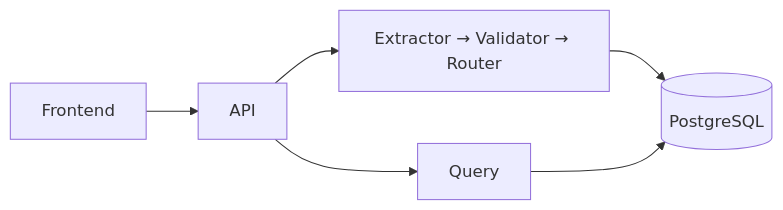
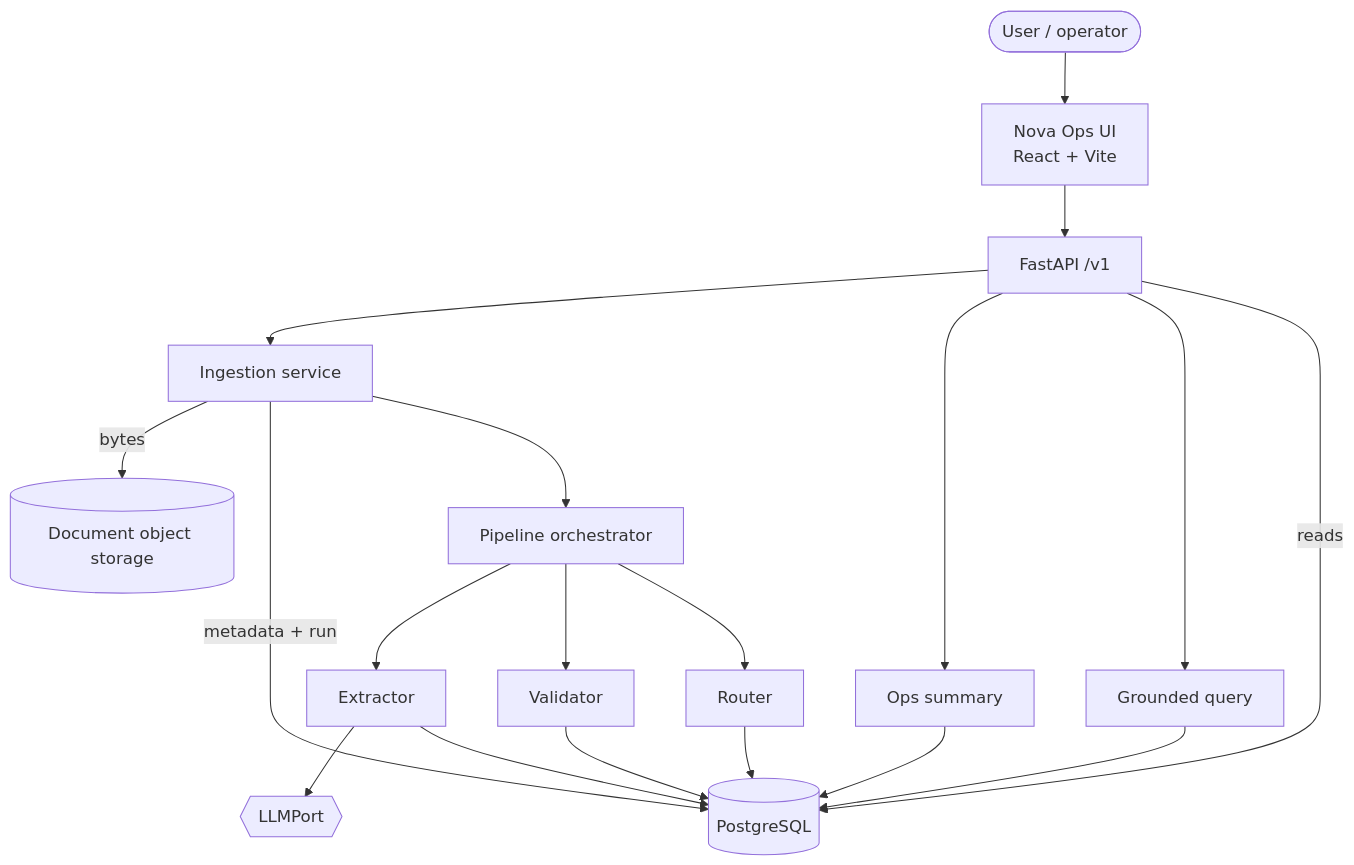
The first of 2 diagrams in README.md (Utkarsh-sharma47/nova), drawn with Mermaid before and after one commit. The commit also changed other lines of this file and 32 other files, not shown here.

````diff
--- a/README.md
+++ b/README.md
@@ -21,8 +78,33 @@
 ```mermaid
-flowchart LR
-  UI[Frontend] --> API[API]
-  API --> Pipe[Extractor → Validator → Router]
-  Pipe --> DB[(PostgreSQL)]
-  API --> Q[Query]
-  Q --> DB
+flowchart TB
+  User([User / operator])
+  UI[Nova Ops UI<br/>React + Vite]
+  API[FastAPI /v1]
+  Ing[Ingestion service]
+  Ops[Ops summary]
+  Query[Grounded query]
+  Pipe[Pipeline orchestrator]
+  Ext[Extractor]
+  Val[Validator]
+  Rtr[Router]
+  Store[(Document object storage)]
+  PG[(PostgreSQL)]
+  LLM{{LLMPort}}
+
+  User --> UI --> API
+  API --> Ing
+  API --> Ops
+  API --> Query
+  Ing -->|bytes| Store
+  Ing -->|metadata + run| PG
+  Ing --> Pipe
+  Pipe --> Ext --> LLM
+  Pipe --> Val
+  Pipe --> Rtr
+  Ext --> PG
+  Val --> PG
+  Rtr --> PG
+  Ops --> PG
+  Query --> PG
+  API -->|reads| PG
 ```
````
